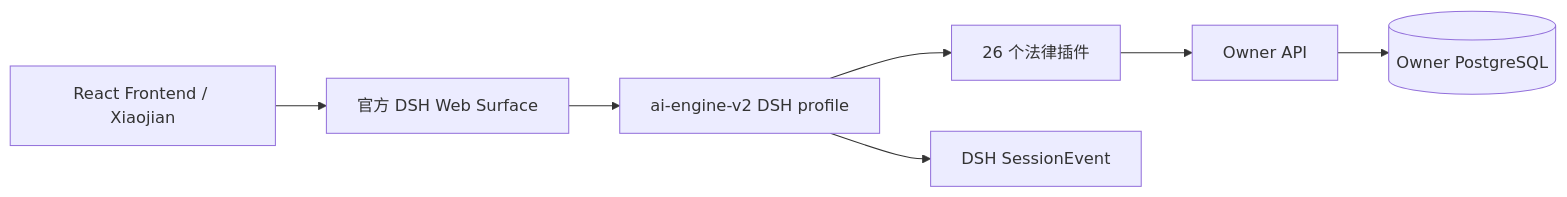
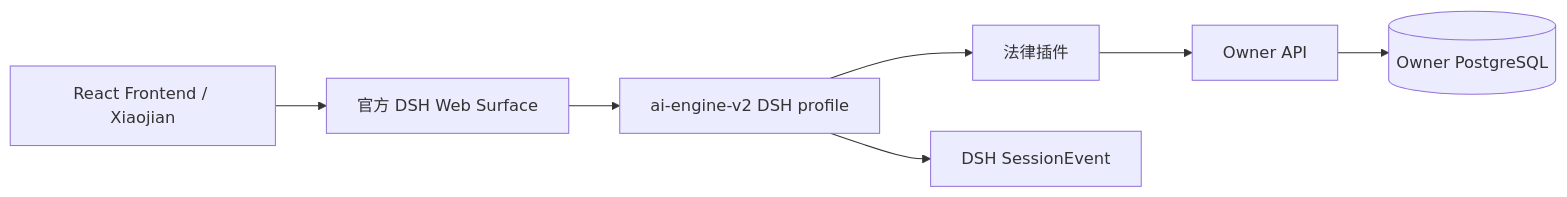
The diagram in index.md (lawseekdog/docs), drawn with Mermaid before and after one commit. The commit also changed 14 other files, not shown here.

Commit message:
docs: consolidate current architecture and retire misleading guides

````diff
--- a/index.md
+++ b/index.md
@@ -12,9 +12,9 @@
 ```mermaid
 flowchart LR
   FE[React Frontend / Xiaojian] --> DSH[官方 DSH Web Surface]
   DSH --> A[ai-engine-v2 DSH profile]
-  A --> P[26 个法律插件]
+  A --> P[法律插件]
   P --> O[Owner API]
   O --> DB[(Owner PostgreSQL)]
   A --> E[DSH SessionEvent]
 ```
````
